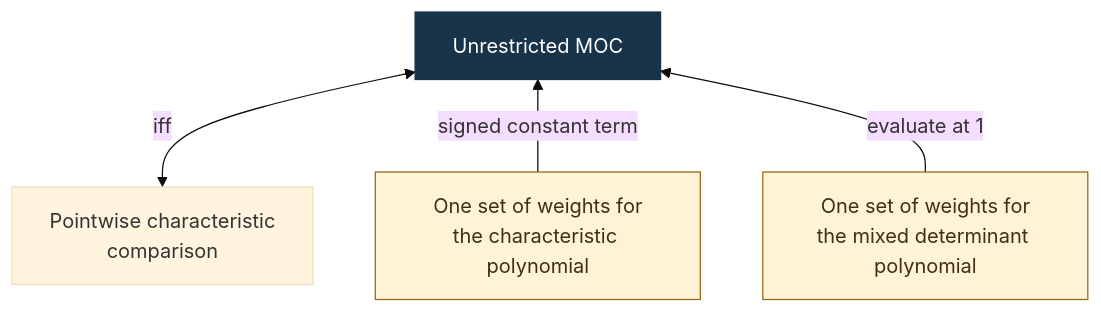
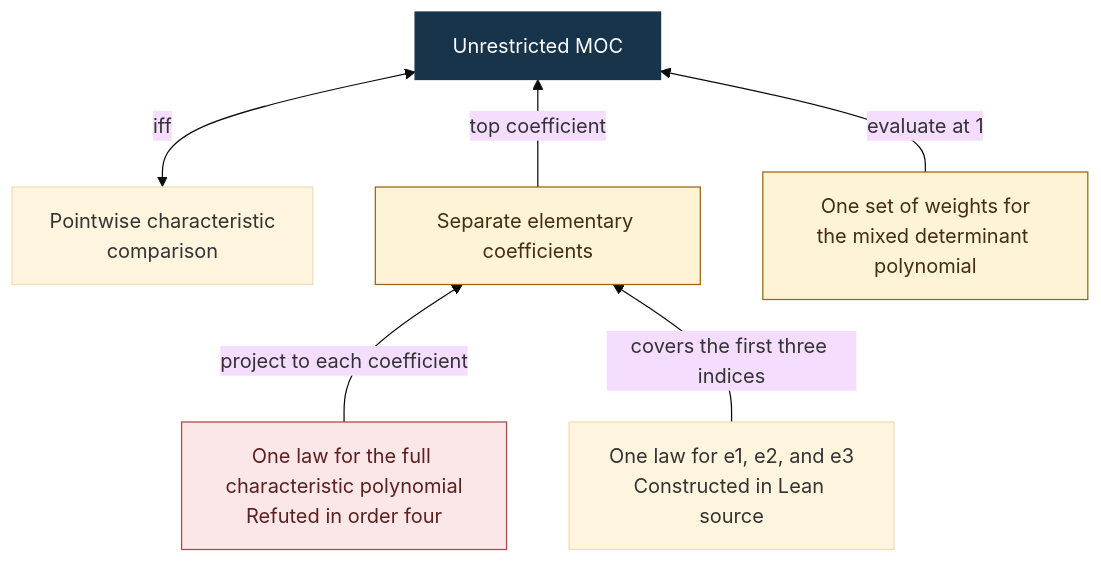
The sixth of 9 diagrams in Docs/Proofs/all-order-proof-maps.md (ascendnoosphere/MOC), drawn with Mermaid (base theme) before and after one commit. The commit also changed other lines of this file and 17 other files, not shown here.

Commit message:
lean: connect spectral reformulations and coefficient bounds

````diff
--- a/Docs/Proofs/all-order-proof-maps.md
+++ b/Docs/Proofs/all-order-proof-maps.md
@@ -247,14 +257,19 @@
 ```mermaid
 flowchart BT
-    accTitle: Pointwise and simultaneous polynomial routes
-    accDescr: Pointwise characteristic comparison is equivalent to MOC. Each simultaneous polynomial hull separately implies MOC.
+    accTitle: Pointwise, separate, and simultaneous polynomial comparisons
+    accDescr: Pointwise comparisons are exact. The separate elementary coefficients imply MOC. The full characteristic-polynomial hull is false.
     Goal["Unrestricted MOC"]:::goal
     Pt["Pointwise characteristic<br/>comparison"]
-    Char["One set of weights for<br/>the characteristic polynomial"]:::open
+    Char["One law for the full characteristic polynomial<br/>Refuted in order four"]:::refuted
+    Sep["Separate elementary coefficients"]:::open
+    Low["One law for e1, e2, and e3<br/>Constructed in Lean source"]
     Mixed["One set of weights for<br/>the mixed determinant polynomial"]:::open
     Pt <-->|iff| Goal
-    Char -->|signed constant term| Goal
+    Char -->|project to each coefficient| Sep
+    Low -->|covers the first three indices| Sep
+    Sep -->|top coefficient| Goal
     Mixed -->|evaluate at 1| Goal
     classDef goal fill:#18344b,stroke:#18344b,color:#fff
     classDef open fill:#fff3d6,stroke:#9a6516,color:#432e0f
+    classDef refuted fill:#fbe7e7,stroke:#aa4949,color:#5b2020
 ```
````
